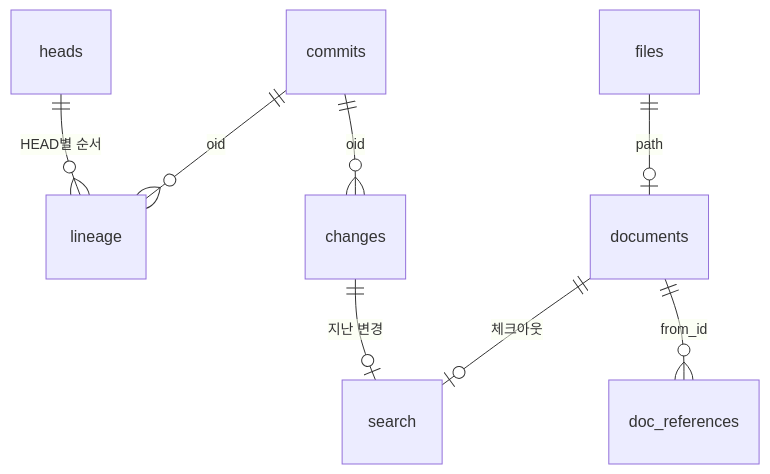
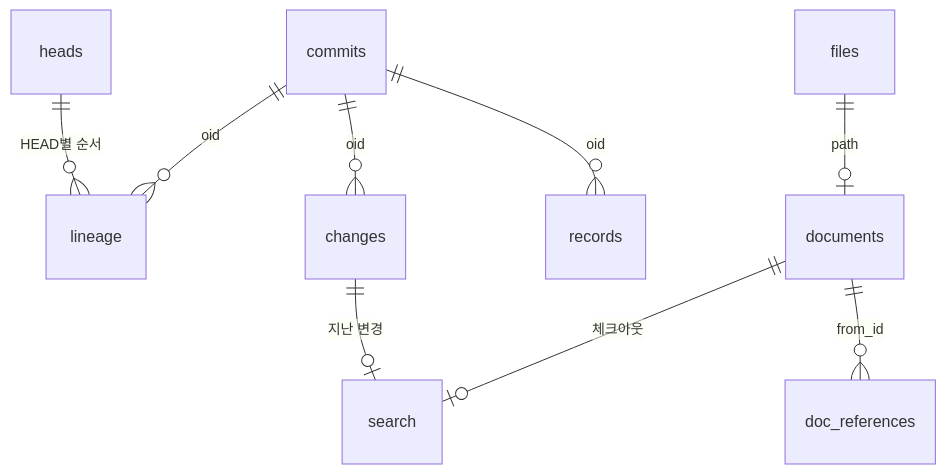
Before and after one commit to dev-goraebap/gitifact: the fourth of 4 diagrams in .gitifact/spec/browser/design/data.md, drawn with Mermaid. The commit also changed other lines of this file and 109 other files, not shown here.

````diff
--- a/.gitifact/spec/browser/design/data.md
+++ b/.gitifact/spec/browser/design/data.md
@@ -141,10 +141,11 @@
 ```mermaid
 erDiagram
   heads ||--o{ lineage : "HEAD별 순서"
   commits ||--o{ lineage : "oid"
   commits ||--o{ changes : "oid"
+  commits ||--o{ records : "oid"
   files ||--o| documents : "path"
   documents ||--o{ doc_references : "from_id"
   changes ||--o| search : "지난 변경"
   documents ||--o| search : "체크아웃"
 ```
````
